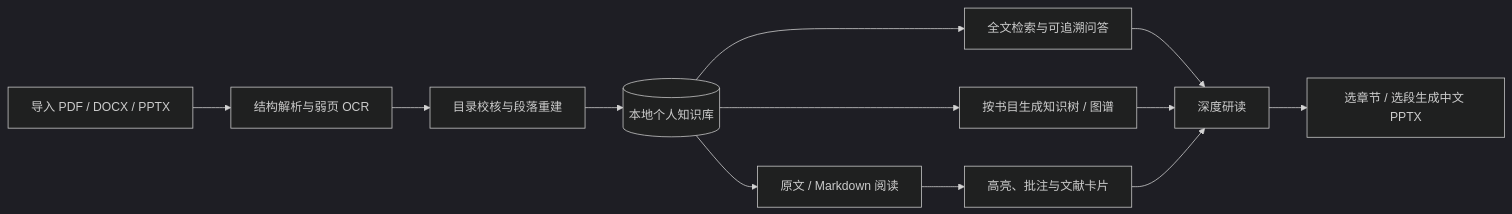
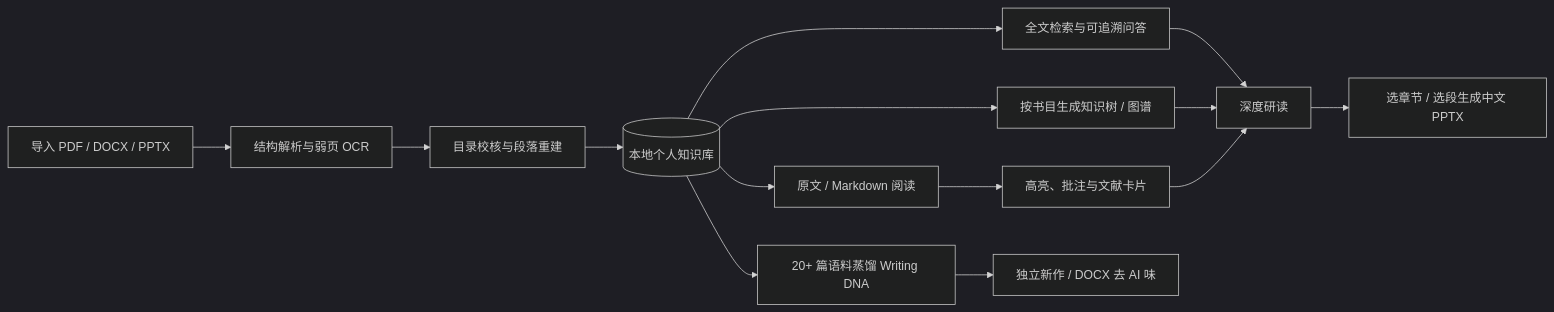
Before and after one commit to boway033-cell/Study-assistant: the first of 2 diagrams in README.md, drawn with Mermaid (dark theme). The commit also changed other lines of this file and 11 other files, not shown here.

````diff
--- a/README.md
+++ b/README.md
@@ -64,14 +68,16 @@
 ```mermaid
 flowchart LR
     A[导入 PDF / DOCX / PPTX] --> B[结构解析与弱页 OCR]
     B --> C[目录校核与段落重建]
     C --> D[(本地个人知识库)]
     D --> E[原文 / Markdown 阅读]
     D --> F[全文检索与可追溯问答]
     D --> G[按书目生成知识树 / 图谱]
     E --> H[高亮、批注与文献卡片]
     F --> I[深度研读]
     G --> I
     H --> I
     I --> J[选章节 / 选段生成中文 PPTX]
+    D --> K[20+ 篇语料蒸馏 Writing DNA]
+    K --> L[独立新作 / DOCX 去 AI 味]
 ```
````
